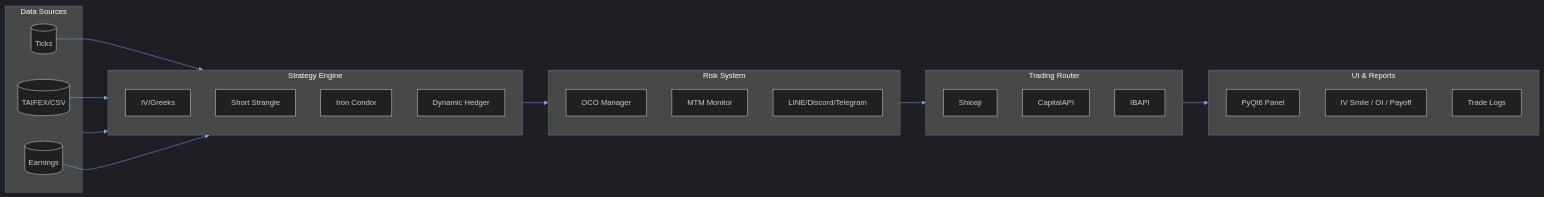
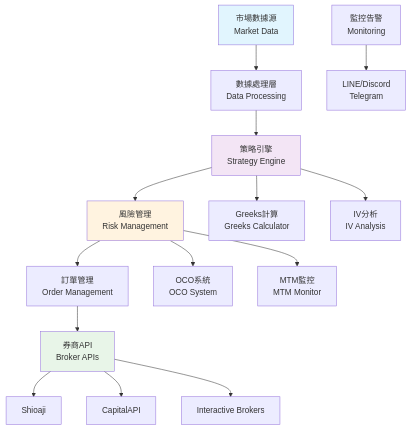
One commit to Weitsenyu/Weitsenyu changed the first of 2 diagrams in README.md. Above: the diagram before and after it, drawn with Mermaid. The commit also changed other lines of this file, not shown here.

````diff
--- a/README.md
+++ b/README.md
@@ -131,39 +109,25 @@
 ```mermaid
-%%{init: {'theme': 'dark', 'themeVariables': { 'fontSize': '15px', 'primaryColor': '#1f2328', 'lineColor': '#7aa2f7'}} }%%
-flowchart LR
-  subgraph Data[Data Sources]
-    Ticks[(Ticks)]
-    TAIFEX[(TAIFEX/CSV)]
-    Earnings[(Earnings)]
-  end
-
-  subgraph Strategy[Strategy Engine]
-    IV[IV/Greeks]
-    SStrangle[Short Strangle]
-    ICondor[Iron Condor]
-    Hedger[Dynamic Hedger]
-  end
-
-  subgraph Risk[Risk System]
-    OCO[OCO Manager]
-    MTM[MTM Monitor]
-    Alerts[LINE/Discord/Telegram]
-  end
-
-  subgraph Router[Trading Router]
-    SHIOJAI[Shioaji]
-    CAPITAL[CapitalAPI]
-    IB[IBAPI]
-  end
-
-  subgraph UIRep[UI & Reports]
-    PyQt6[PyQt6 Panel]
-    Viz[IV Smile / OI / Payoff]
-    Logs[Trade Logs]
-  end
-
-  Data --> Strategy --> Risk --> Router --> UIRep
-  Ticks --> Strategy
-  TAIFEX --> Strategy
-  Earnings --> Strategy
+graph TB
+    A[市場數據源<br/>Market Data] --> B[數據處理層<br/>Data Processing]
+    B --> C[策略引擎<br/>Strategy Engine]
+    C --> D[風險管理<br/>Risk Management]
+    D --> E[訂單管理<br/>Order Management]
+    E --> F[券商API<br/>Broker APIs]
+    
+    G[監控告警<br/>Monitoring] --> H[LINE/Discord<br/>Telegram]
+    
+    C --> I[Greeks計算<br/>Greeks Calculator]
+    C --> J[IV分析<br/>IV Analysis]
+    
+    D --> K[OCO系統<br/>OCO System]
+    D --> L[MTM監控<br/>MTM Monitor]
+    
+    F --> M[Shioaji]
+    F --> N[CapitalAPI] 
+    F --> O[Interactive Brokers]
+    
+    style A fill:#e1f5fe
+    style C fill:#f3e5f5
+    style D fill:#fff3e0
+    style F fill:#e8f5e8
 ```
````
